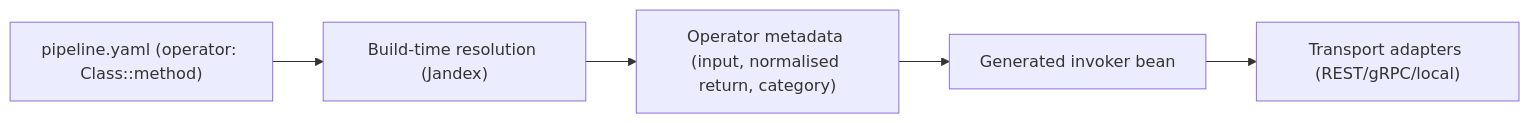
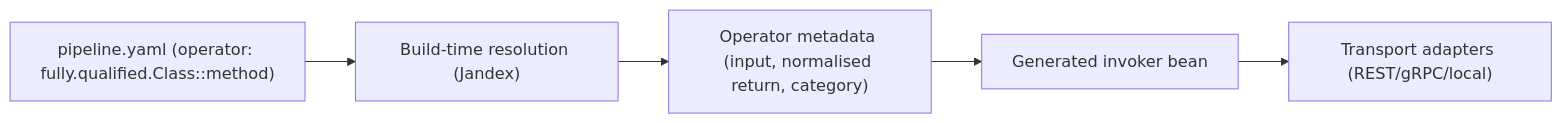
One commit to The-Pipeline-Framework/pipelineframework changed the diagram in docs/versions/v26.4.5/guide/build/operators.md. Above: the diagram before and after it, drawn with Mermaid. The commit also changed 36 other files, not shown here.

````diff
--- a/docs/versions/v26.4.5/guide/build/operators.md
+++ b/docs/versions/v26.4.5/guide/build/operators.md
@@ -14,7 +14,7 @@
 ```mermaid
 flowchart LR
-  A["pipeline.yaml (operator: Class::method)"] --> B["Build-time resolution (Jandex)"]
+  A["pipeline.yaml (operator: fully.qualified.Class::method)"] --> B["Build-time resolution (Jandex)"]
   B --> C["Operator metadata (input, normalised return, category)"]
   C --> D["Generated invoker bean"]
   D --> E["Transport adapters (REST/gRPC/local)"]
 ```
````
